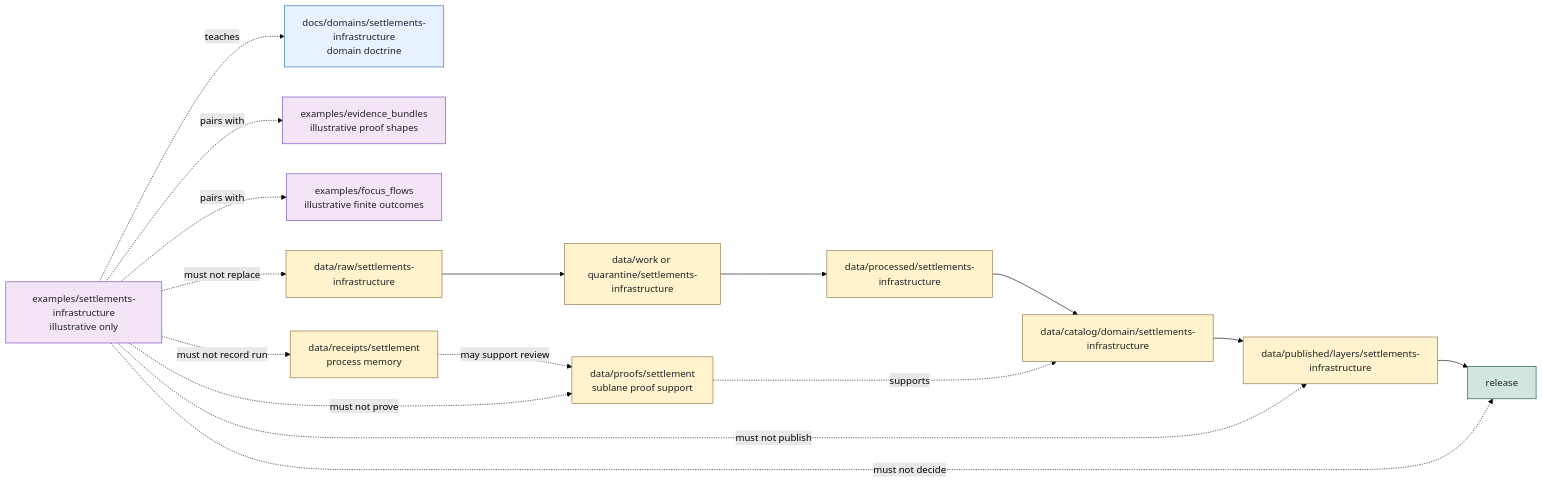
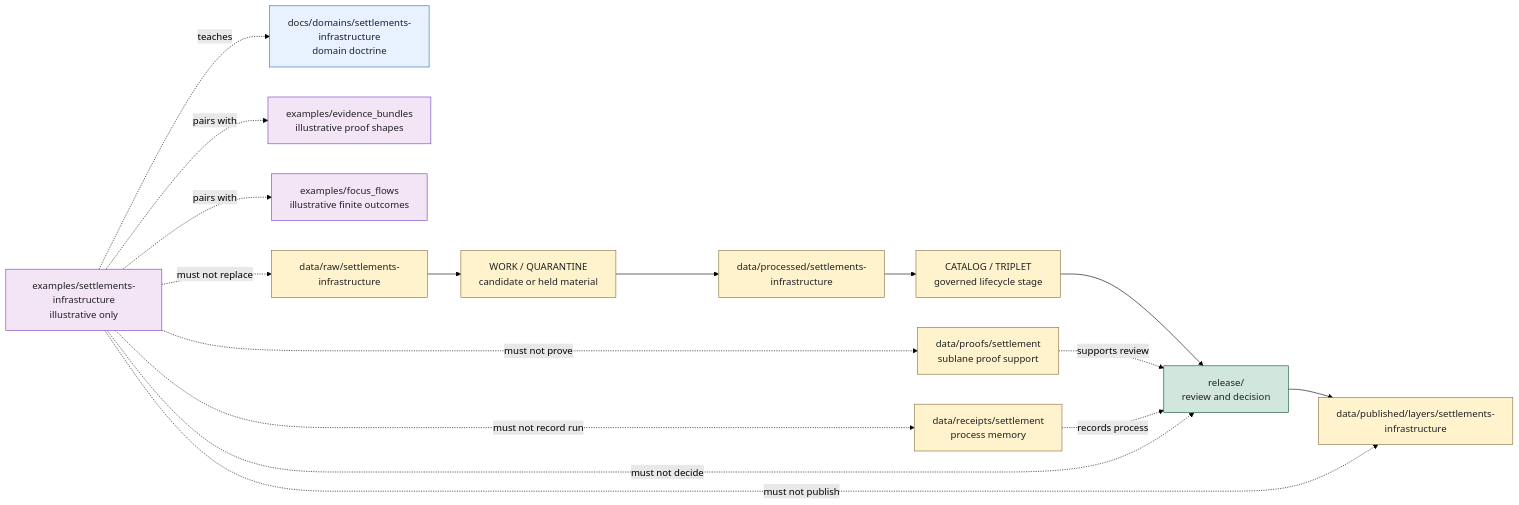
The diagram in examples/settlements-infrastructure/README.md (bartytime4life/Kansas-Frontier-Matrix), drawn with Mermaid (forest theme) before and after one commit. The commit also changed other lines of this file, not shown here.

Commit message:
Modernize settlements infrastructure examples README

````diff
--- a/examples/settlements-infrastructure/README.md
+++ b/examples/settlements-infrastructure/README.md
@@ -206,29 +266,39 @@
 ```mermaid
 flowchart LR
-    EX["examples/settlements-infrastructure<br/>illustrative only"] -. "teaches" .-> DOC["docs/domains/settlements-infrastructure<br/>domain doctrine"]
-    EX -. "pairs with" .-> EBEX["examples/evidence_bundles<br/>illustrative proof shapes"]
-    EX -. "pairs with" .-> FOCUS["examples/focus_flows<br/>illustrative finite outcomes"]
+    EX["examples/settlements-infrastructure<br/>illustrative only"]
+    DOC["docs/domains/settlements-infrastructure<br/>domain doctrine"]
+    EBEX["examples/evidence_bundles<br/>illustrative proof shapes"]
+    FOCUS["examples/focus_flows<br/>illustrative finite outcomes"]
 
-    RAW["data/raw/settlements-infrastructure"] --> WORK["data/work or quarantine/settlements-infrastructure"]
-    WORK --> PROC["data/processed/settlements-infrastructure"]
-    PROC --> CAT["data/catalog/domain/settlements-infrastructure"]
-    CAT --> PUB["data/published/layers/settlements-infrastructure"]
-    PUB --> REL["release"]
-    PROOF["data/proofs/settlement<br/>sublane proof support"] -. "supports" .-> CAT
-    RECEIPT["data/receipts/settlement<br/>process memory"] -. "may support review" .-> PROOF
+    RAW["data/raw/settlements-infrastructure"]
+    WQ["WORK / QUARANTINE<br/>candidate or held material"]
+    PROC["data/processed/settlements-infrastructure"]
+    CT["CATALOG / TRIPLET<br/>governed lifecycle stage"]
+    REL["release/<br/>review and decision"]
+    PUB["data/published/layers/settlements-infrastructure"]
+    PROOF["data/proofs/settlement<br/>sublane proof support"]
+    RECEIPT["data/receipts/settlement<br/>process memory"]
+
+    EX -. "teaches" .-> DOC
+    EX -. "pairs with" .-> EBEX
+    EX -. "pairs with" .-> FOCUS
+
+    RAW --> WQ --> PROC --> CT --> REL --> PUB
+    PROOF -. "supports review" .-> REL
+    RECEIPT -. "records process" .-> REL
 
     EX -. "must not replace" .-> RAW
     EX -. "must not prove" .-> PROOF
     EX -. "must not record run" .-> RECEIPT
+    EX -. "must not decide" .-> REL
     EX -. "must not publish" .-> PUB
-    EX -. "must not decide" .-> REL
 
     classDef example fill:#f3e5f5,stroke:#6f42c1,color:#202124;
     classDef doc fill:#e7f1ff,stroke:#2b6cb0,color:#202124;
     classDef data fill:#fff3cd,stroke:#8a6d3b,color:#202124;
     classDef gate fill:#d1e7dd,stroke:#0f5132,color:#202124;
     class EX,EBEX,FOCUS example;
     class DOC doc;
-    class RAW,WORK,PROC,CAT,PUB,PROOF,RECEIPT data;
+    class RAW,WQ,PROC,CT,PUB,PROOF,RECEIPT data;
     class REL gate;
 ```
````
